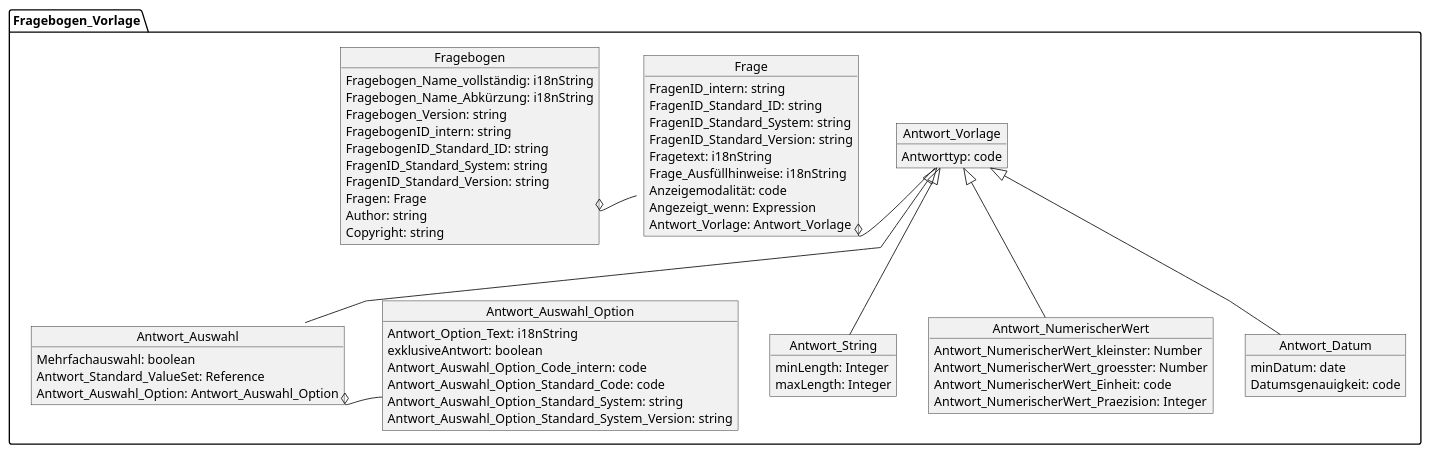
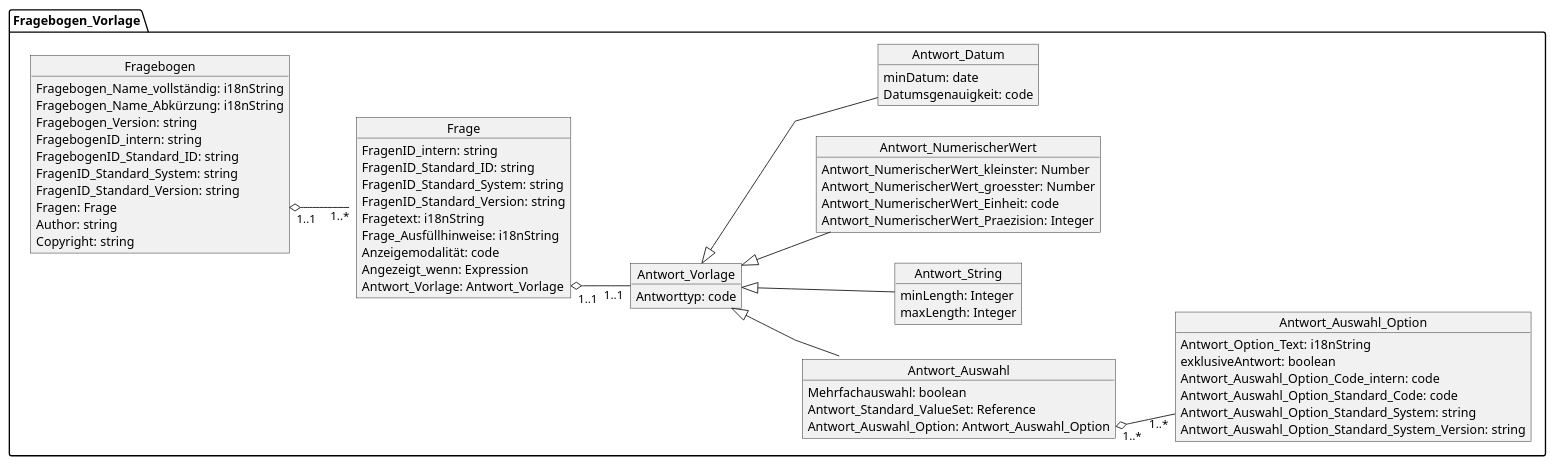
One commit to medizininformatik-initiative/kerndatensatzmodul-proms changed the diagram in input/Images/Logical_Model_UML_Questionnaire.pu. Above: the diagram before and after it, drawn with PlantUML.

Commit message:
finished questionnaire UML

```diff
--- a/input/Images/Logical_Model_UML_Questionnaire.pu
+++ b/input/Images/Logical_Model_UML_Questionnaire.pu
@@ -1,85 +1,92 @@
 @startuml MII_PROMs_Fragebögen
 skinparam linetype ortho
 skinparam linetype polyline
+left to right direction
+
 
 
 package Fragebogen_Vorlage {
     object Fragebogen {
         Fragebogen_Name_vollständig: i18nString
         Fragebogen_Name_Abkürzung: i18nString
         Fragebogen_Version: string
         FragebogenID_intern: string
         FragebogenID_Standard_ID: string
         FragenID_Standard_System: string
         FragenID_Standard_Version: string
         Fragen: Frage
         Author: string
 
         Copyright: string
 
 
     }
+    object Frage{
 
-    object Frage{ 
         FragenID_intern: string
         FragenID_Standard_ID: string
         FragenID_Standard_System: string
         FragenID_Standard_Version: string
         Fragetext: i18nString
         Frage_Ausfüllhinweise: i18nString
         Anzeigemodalität: code
         Angezeigt_wenn: Expression
         Antwort_Vorlage: Antwort_Vorlage
 
     }
 
-    Fragebogen::Frage o--right--- Frage
+
+
+    Fragebogen::Frage "1..1" o-down- "1..*" Frage
 
     object Antwort_Vorlage {
         Antworttyp: code
     }
-    Frage::Antwort_Vorlage  o-right-- Antwort_Vorlage
+    Frage::Antwort_Vorlage "1..1"  o-down- "1..1" Antwort_Vorlage
+
+    object Antwort_Auswahl {
+        Mehrfachauswahl: boolean
+        Antwort_Standard_ValueSet: Reference
+        Antwort_Auswahl_Option: Antwort_Auswahl_Option
+    }
 
     object Antwort_String {
         minLength: Integer
         maxLength: Integer
     }
     Antwort_Vorlage <|-down- Antwort_String
 
-    object Antwort_Auswahl {
-        Mehrfachauswahl: boolean
-        Antwort_Standard_ValueSet: Reference
-        Antwort_Auswahl_Option: Antwort_Auswahl_Option
+
+    object Antwort_NumerischerWert {
+        Antwort_NumerischerWert_kleinster: Number
+        Antwort_NumerischerWert_groesster: Number
+        Antwort_NumerischerWert_Einheit: code
+        Antwort_NumerischerWert_Praezision: Integer
+
     }
+    Antwort_Vorlage <|-down- Antwort_NumerischerWert
+
+
+    object Antwort_Datum {
+        minDatum: date
+        Datumsgenauigkeit: code
+    }
+    Antwort_Vorlage <|-down- Antwort_Datum
+
     object Antwort_Auswahl_Option {
         Antwort_Option_Text: i18nString
         exklusiveAntwort: boolean
         Antwort_Auswahl_Option_Code_intern: code
         Antwort_Auswahl_Option_Standard_Code: code
         Antwort_Auswahl_Option_Standard_System: string
         Antwort_Auswahl_Option_Standard_System_Version: string
 
     }
 
-    Antwort_Vorlage <|-down- Antwort_Auswahl
-    Antwort_Auswahl::Antwort_Auswahl_Option o-right- Antwort_Auswahl_Option
+    Antwort_Vorlage  <|-down-  Antwort_Auswahl
+    Antwort_Auswahl::Antwort_Auswahl_Option "1..*" o-down- "1..*" Antwort_Auswahl_Option
 
-    object Antwort_NumerischerWert {
-        Antwort_NumerischerWert_kleinster: Number
-        Antwort_NumerischerWert_groesster: Number
-        Antwort_NumerischerWert_Einheit: code
-        Antwort_NumerischerWert_Praezision: Integer
-
-    }
-    Antwort_Vorlage <|-down- Antwort_NumerischerWert 
-
-
-    object Antwort_Datum {
-        minDatum: date
-        Datumsgenauigkeit: code
-    }
-    Antwort_Vorlage <|-down- Antwort_Datum
 
 }
 
 @enduml
```
